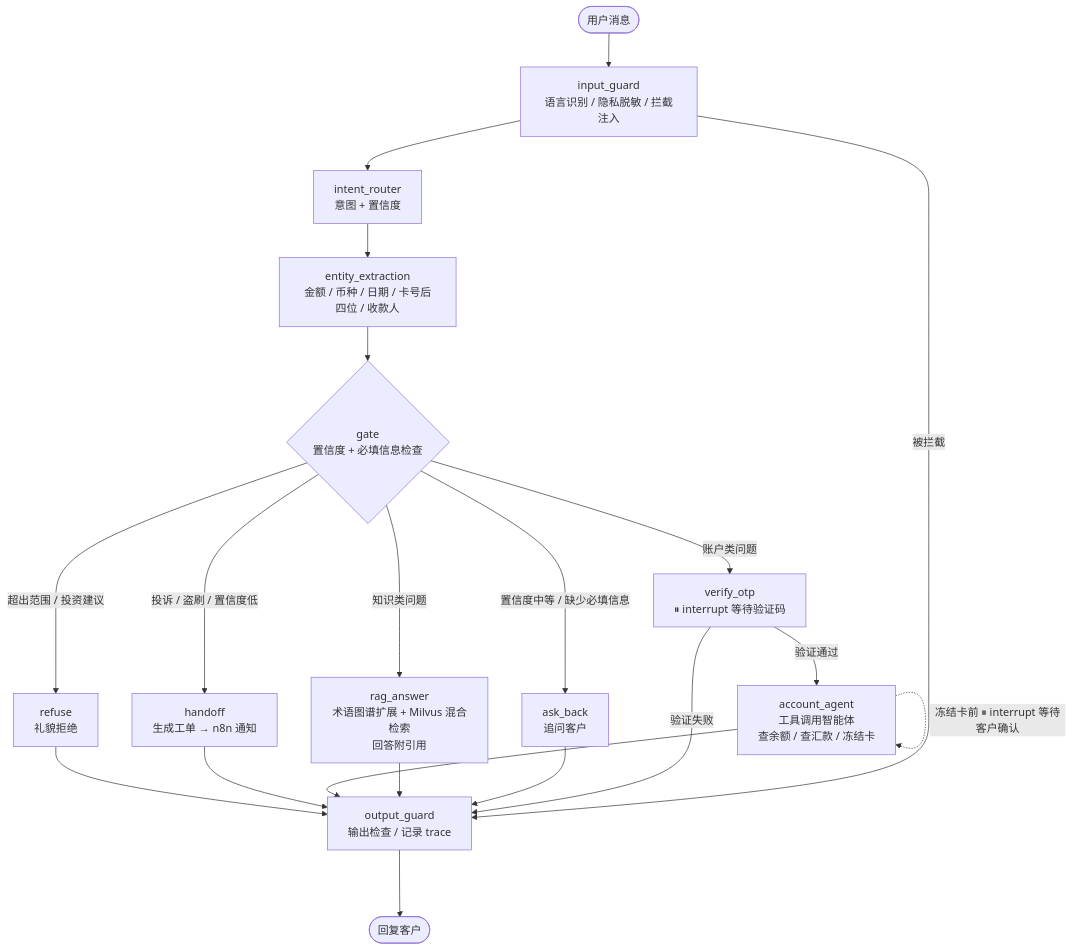
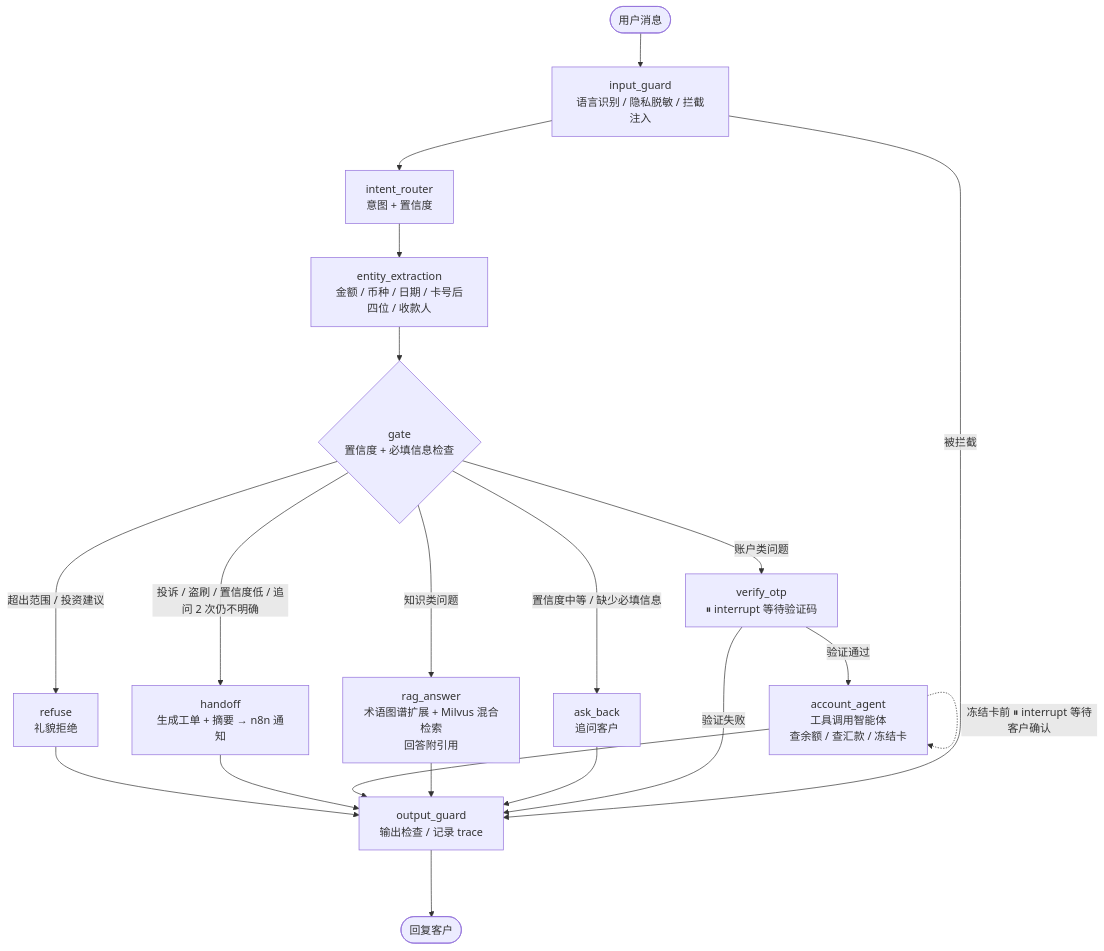
One commit to ChamLeeHam/bank-cs changed the second of 2 diagrams in 需求文档.md. Above: the diagram before and after it, drawn with Mermaid. The commit also changed other lines of this file, not shown here.

````diff
--- a/需求文档.md
+++ b/需求文档.md
@@ -100,22 +106,22 @@
 ```mermaid
 flowchart TD
     S([用户消息]) --> IG[input_guard<br/>语言识别 / 隐私脱敏 / 拦截注入]
     IG -->|被拦截| OG[output_guard<br/>输出检查 / 记录 trace]
     IG --> R[intent_router<br/>意图 + 置信度]
     R --> EX[entity_extraction<br/>金额 / 币种 / 日期 / 卡号后四位 / 收款人]
     EX --> GT{gate<br/>置信度 + 必填信息检查}
     GT -->|置信度中等 / 缺少必填信息| AB[ask_back<br/>追问客户]
     GT -->|知识类问题| RAG[rag_answer<br/>术语图谱扩展 + Milvus 混合检索<br/>回答附引用]
     GT -->|账户类问题| OTP[verify_otp<br/>⏸ interrupt 等待验证码]
-    GT -->|投诉 / 盗刷 / 置信度低| HO[handoff<br/>生成工单 → n8n 通知]
+    GT -->|投诉 / 盗刷 / 置信度低 / 追问 2 次仍不明确| HO[handoff<br/>生成工单 + 摘要 → n8n 通知]
     GT -->|超出范围 / 投资建议| RF[refuse<br/>礼貌拒绝]
     OTP -->|验证通过| AG[account_agent<br/>工具调用智能体<br/>查余额 / 查汇款 / 冻结卡]
     OTP -->|验证失败| OG
     AG -.->|冻结卡前 ⏸ interrupt 等待客户确认| AG
     AB --> OG
     RAG --> OG
     AG --> OG
     HO --> OG
     RF --> OG
     OG --> END([回复客户])
 ```
````
